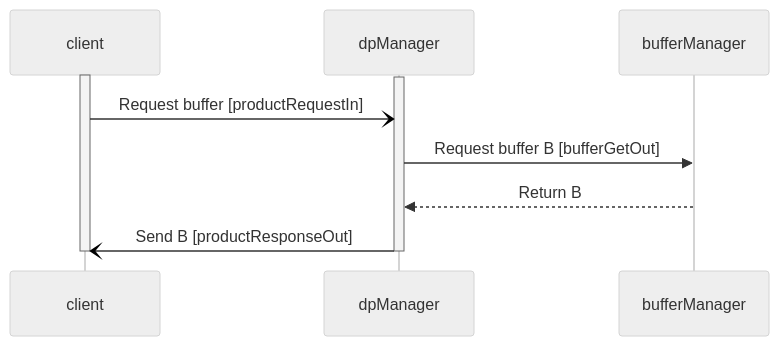
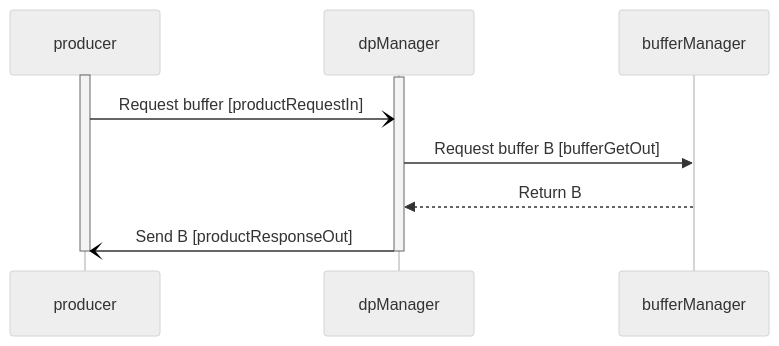
The second of 3 diagrams in Svc/DpManager/docs/sdd.md (bocchino/fprime), drawn with Mermaid (neutral theme) before and after one commit. The commit also changed other lines of this file and 7 other files, not shown here.

Commit message:
Revise DpManager diagrams

````diff
--- a/Svc/DpManager/docs/sdd.md
+++ b/Svc/DpManager/docs/sdd.md
@@ -227,11 +227,11 @@
 ```mermaid
 sequenceDiagram
-    activate client
+    activate producer
     activate dpManager
-    client-)dpManager: Request buffer [productRequestIn]
+    producer-)dpManager: Request buffer [productRequestIn]
     dpManager->>bufferManager: Request buffer B [bufferGetOut]
     bufferManager-->>dpManager: Return B
-    dpManager-)client: Send B [productResponseOut]
+    dpManager-)producer: Send B [productResponseOut]
     deactivate dpManager
-    deactivate client
+    deactivate producer
 ```
````
